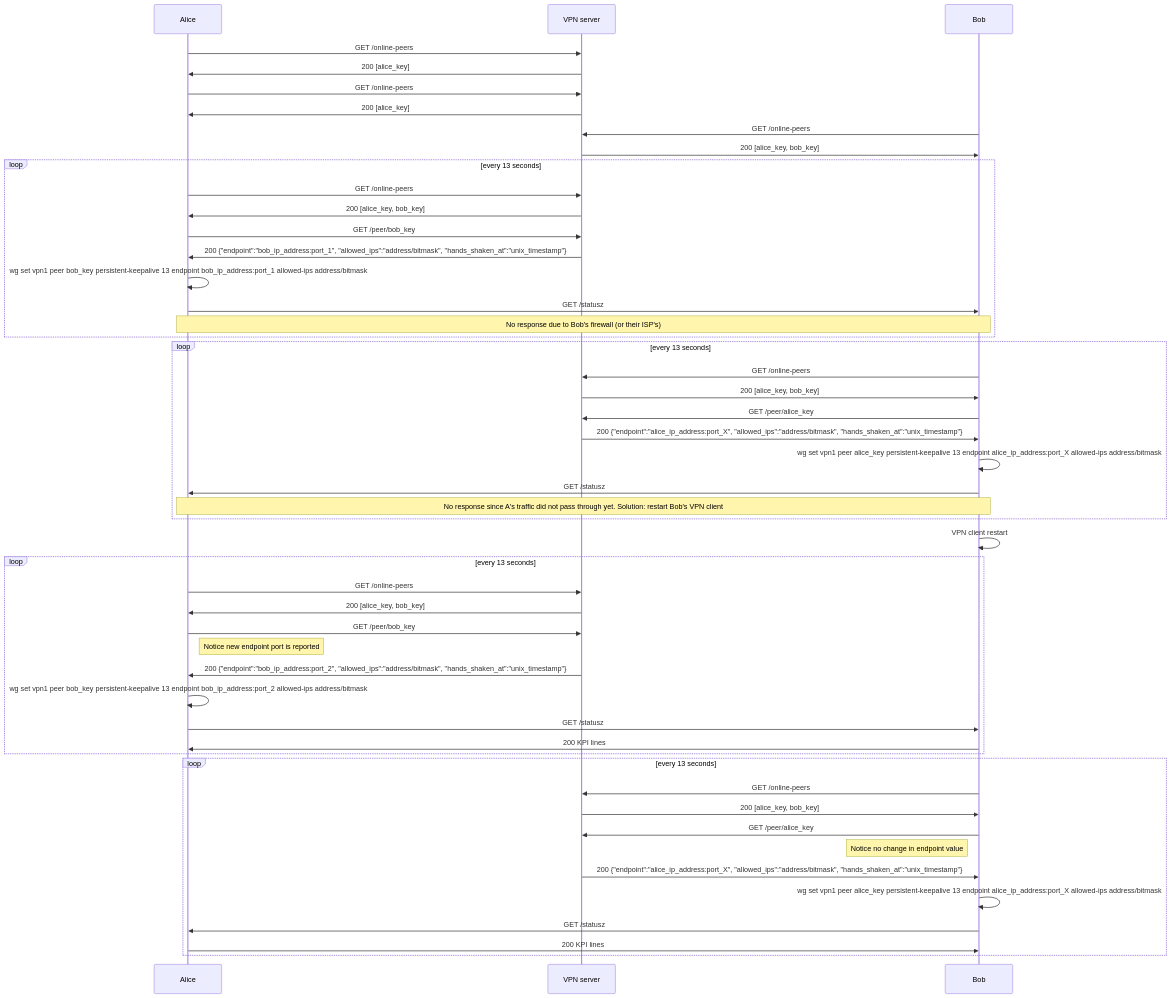
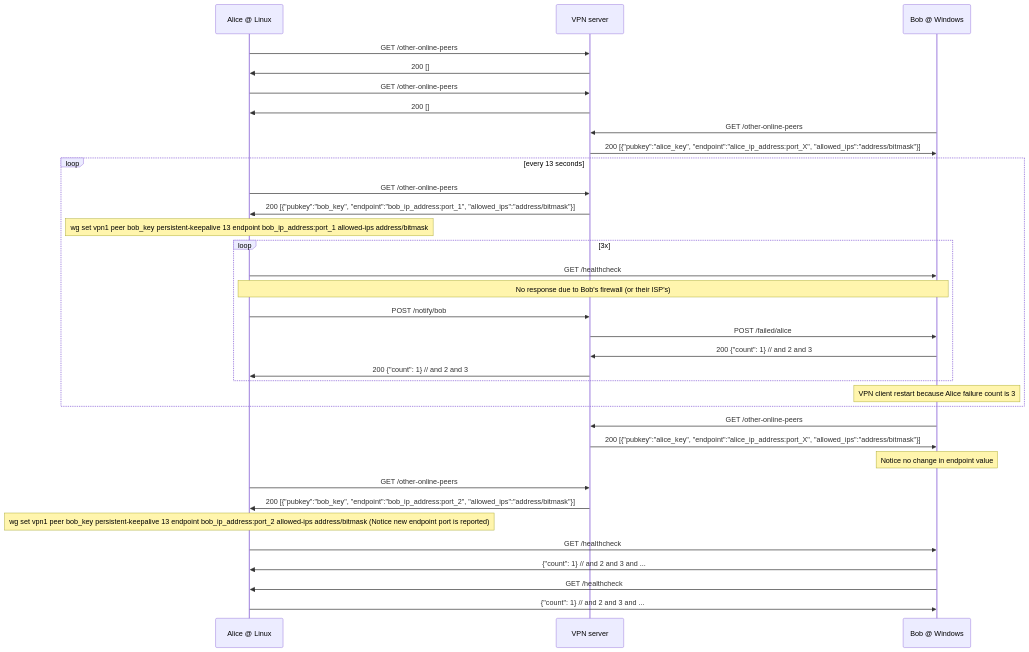
One commit to samunders-core/wg-endpoint-discovery changed the diagram in README.md. Above: the diagram before and after it, drawn with Mermaid. The commit also changed 6 other files, not shown here.

````diff
--- a/README.md
+++ b/README.md
@@ -7,58 +5,44 @@
 ```mermaid
 sequenceDiagram
-    participant A as Alice
+    participant A as Alice @ Linux
     participant S as VPN server
-    participant B as Bob
+    participant B as Bob @ Windows
 
-    A->>S: GET /online-peers
-    S->>A: 200 [alice_key]
+    A->>S: GET /other-online-peers
+    S->>A: 200 []
 
-    A->>S: GET /online-peers
-    S->>A: 200 [alice_key]
+    A->>S: GET /other-online-peers
+    S->>A: 200 []
     
-    B->>S: GET /online-peers
-    S->>B: 200 [alice_key, bob_key]
+    B->>S: GET /other-online-peers
+    S->>B: 200 [{"pubkey":"alice_key", "endpoint":"alice_ip_address:port_X", "allowed_ips":"address/bitmask"}]
     
     loop every 13 seconds
-        A->>S: GET /online-peers
-        S->>A: 200 [alice_key, bob_key]
-        A->>S: GET /peer/bob_key
-        S->>A: 200 {"endpoint":"bob_ip_address:port_1", "allowed_ips":"address/bitmask", "hands_shaken_at":"unix_timestamp"}
-        A->>A: wg set vpn1 peer bob_key persistent-keepalive 13 endpoint bob_ip_address:port_1 allowed-ips address/bitmask
-        A->>B: GET /statusz
-        Note over A,B: No response due to Bob's firewall (or their ISP's)
+        A->>S: GET /other-online-peers
+        S->>A: 200 [{"pubkey":"bob_key", "endpoint":"bob_ip_address:port_1", "allowed_ips":"address/bitmask"}]
+        Note over A: wg set vpn1 peer bob_key persistent-keepalive 13 endpoint bob_ip_address:port_1 allowed-ips address/bitmask
+        loop 3x
+            A->>B: GET /healthcheck
+            Note over A,B: No response due to Bob's firewall (or their ISP's)
+            A->>S: POST /notify/bob
+            S->>B: POST /failed/alice
+            B->>S: 200 {"count": 1}  // and 2 and 3
+            S->>A: 200 {"count": 1}  // and 2 and 3
+        end
+        Note over B: VPN client restart because Alice failure count is 3
     end
     
-    loop every 13 seconds
-        B->>S: GET /online-peers
-        S->>B: 200 [alice_key, bob_key]
-        B->>S: GET /peer/alice_key
-        S->>B: 200 {"endpoint":"alice_ip_address:port_X", "allowed_ips":"address/bitmask", "hands_shaken_at":"unix_timestamp"}
-        B->>B: wg set vpn1 peer alice_key persistent-keepalive 13 endpoint alice_ip_address:port_X allowed-ips address/bitmask
-        B->>A: GET /statusz
-        Note over A,B: No response since A's traffic did not pass through yet. Solution: restart Bob's VPN client
-    end
-    B->>B: VPN client restart
+    B->>S: GET /other-online-peers
+    S->>B: 200 [{"pubkey":"alice_key", "endpoint":"alice_ip_address:port_X", "allowed_ips":"address/bitmask"}]
+    Note over B: Notice no change in endpoint value
 
-    loop every 13 seconds
-        A->>S: GET /online-peers
-        S->>A: 200 [alice_key, bob_key]
-        A->>S: GET /peer/bob_key
-        Note right of A: Notice new endpoint port is reported
-        S->>A: 200 {"endpoint":"bob_ip_address:port_2", "allowed_ips":"address/bitmask", "hands_shaken_at":"unix_timestamp"}
-        A->>A: wg set vpn1 peer bob_key persistent-keepalive 13 endpoint bob_ip_address:port_2 allowed-ips address/bitmask
-        A->>B: GET /statusz
-        B->>A: 200 KPI lines
-    end
+    A->>S: GET /other-online-peers
+    S->>A: 200 [{"pubkey":"bob_key", "endpoint":"bob_ip_address:port_2", "allowed_ips":"address/bitmask"}]
+    Note over A: wg set vpn1 peer bob_key persistent-keepalive 13 endpoint bob_ip_address:port_2 allowed-ips address/bitmask (Notice new endpoint port is reported)
 
-    loop every 13 seconds
-        B->>S: GET /online-peers
-        S->>B: 200 [alice_key, bob_key]
-        B->>S: GET /peer/alice_key
-        Note left of B: Notice no change in endpoint value
-        S->>B: 200 {"endpoint":"alice_ip_address:port_X", "allowed_ips":"address/bitmask", "hands_shaken_at":"unix_timestamp"}
-        B->>B: wg set vpn1 peer alice_key persistent-keepalive 13 endpoint alice_ip_address:port_X allowed-ips address/bitmask
-        B->>A: GET /statusz
-        A->>B: 200 KPI lines
-    end
+    A->>B: GET /healthcheck
+    B->>A: {"count": 1} // and 2 and 3 and ...
+
+    B->>A: GET /healthcheck
+    A->>B: {"count": 1} // and 2 and 3 and ...
 ```
````
